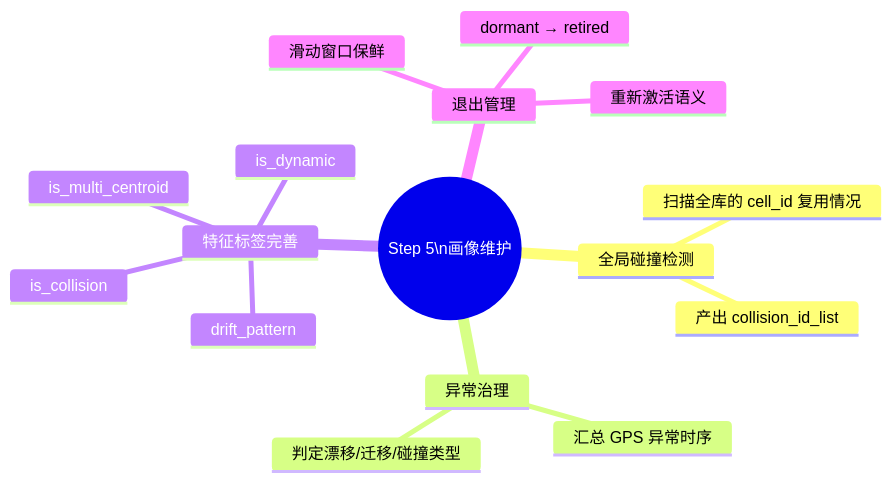
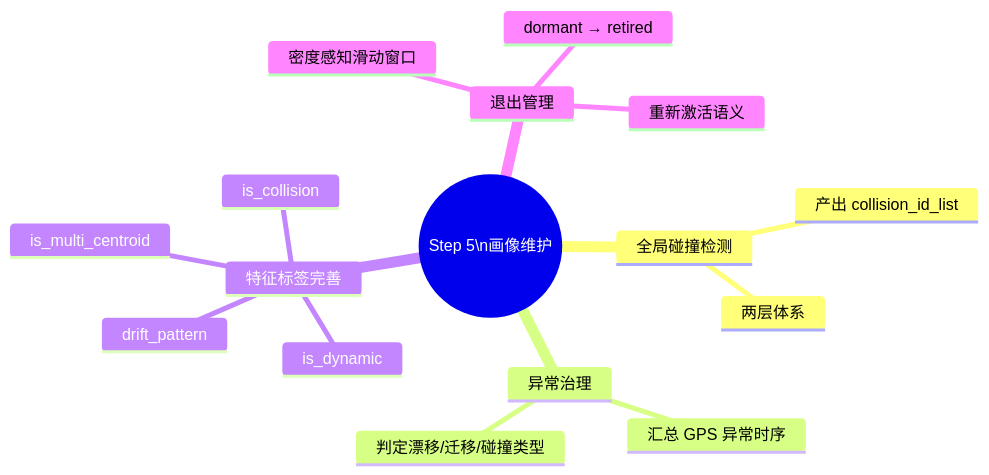
Before and after one commit to laoyang75/OptiNet: the second of 11 diagrams in rebuild5/docs/human_guide/05_Step5_画像维护.md, drawn with Mermaid. The commit also changed other lines of this file and 169 other files, not shown here.

````diff
--- a/rebuild5/docs/human_guide/05_Step5_画像维护.md
+++ b/rebuild5/docs/human_guide/05_Step5_画像维护.md
@@ -38,19 +40,19 @@
 ```mermaid
 mindmap
   root((Step 5\n画像维护))
     全局碰撞检测
-      扫描全库的 cell_id 复用情况
+      两层体系
       产出 collision_id_list
     异常治理
       汇总 GPS 异常时序
       判定漂移/迁移/碰撞类型
     特征标签完善
       drift_pattern
       is_collision
       is_dynamic
       is_multi_centroid
     退出管理
-      滑动窗口保鲜
+      密度感知滑动窗口
       dormant → retired
       重新激活语义
 ```
````
